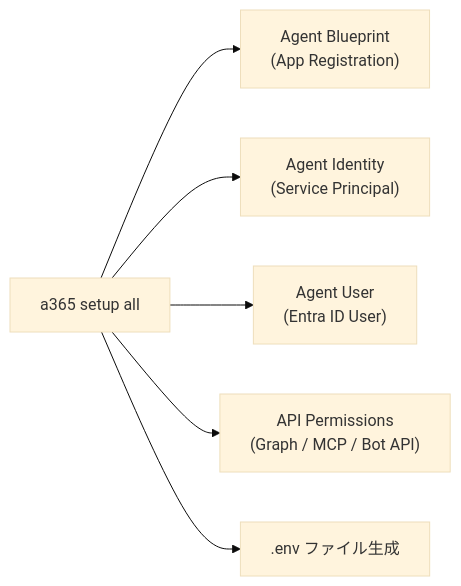
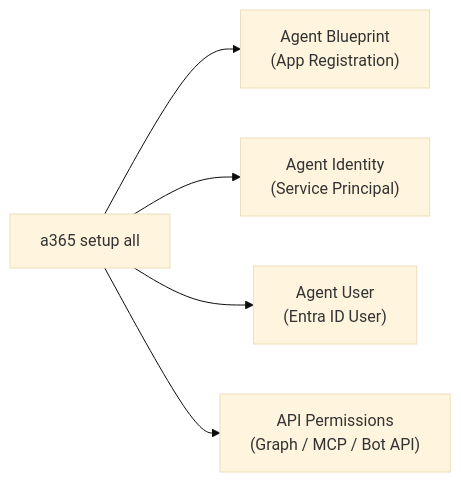
One commit to normalian/zenn-contents changed the second of 3 diagrams in articles/a365cli-agentdevelopment-02.md. Above: the diagram before and after it, drawn with Mermaid (base theme).

````diff
--- a/articles/a365cli-agentdevelopment-02.md
+++ b/articles/a365cli-agentdevelopment-02.md
@@ -309,8 +309,7 @@
 ```mermaid
 flowchart LR
     A["a365 setup all"] --> B["Agent Blueprint<br/>(App Registration)"]
     A --> C["Agent Identity<br/>(Service Principal)"]
     A --> D["Agent User<br/>(Entra ID User)"]
     A --> E["API Permissions<br/>(Graph / MCP / Bot API)"]
-    A --> F[".env ファイル生成"]
 ```
````
